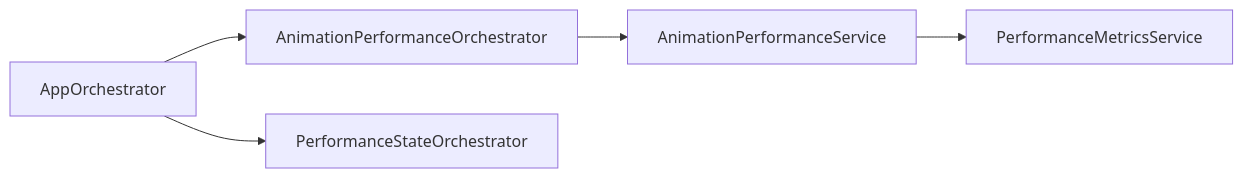
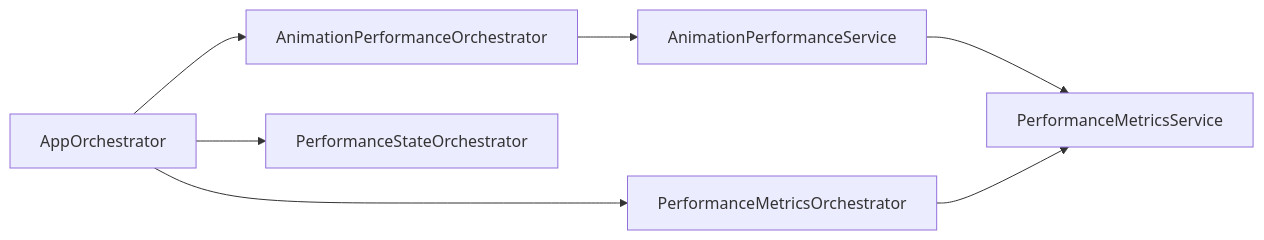
One commit to josstei/prismgb-app changed the fourth of 6 diagrams in docs/architecture-diagrams-onboarding.md. Above: the diagram before and after it, drawn with Mermaid. The commit also changed other lines of this file and 1 other file, not shown here.

Commit message:
chore(docs): add architecture diagrams for application orchestration

````diff
--- a/docs/architecture-diagrams-onboarding.md
+++ b/docs/architecture-diagrams-onboarding.md
@@ -57,13 +62,16 @@
 ```mermaid
 flowchart LR
   AppOrchestrator[AppOrchestrator]
   AnimationPerformanceOrchestrator[AnimationPerformanceOrchestrator]
   PerformanceStateOrchestrator[PerformanceStateOrchestrator]
+  PerformanceMetricsOrchestrator[PerformanceMetricsOrchestrator]
   AnimationPerformanceService[AnimationPerformanceService]
   PerformanceMetricsService[PerformanceMetricsService]
 
   AppOrchestrator --> AnimationPerformanceOrchestrator
   AppOrchestrator --> PerformanceStateOrchestrator
+  AppOrchestrator --> PerformanceMetricsOrchestrator
   AnimationPerformanceOrchestrator --> AnimationPerformanceService
   AnimationPerformanceService --> PerformanceMetricsService
+  PerformanceMetricsOrchestrator --> PerformanceMetricsService
 ```
````
